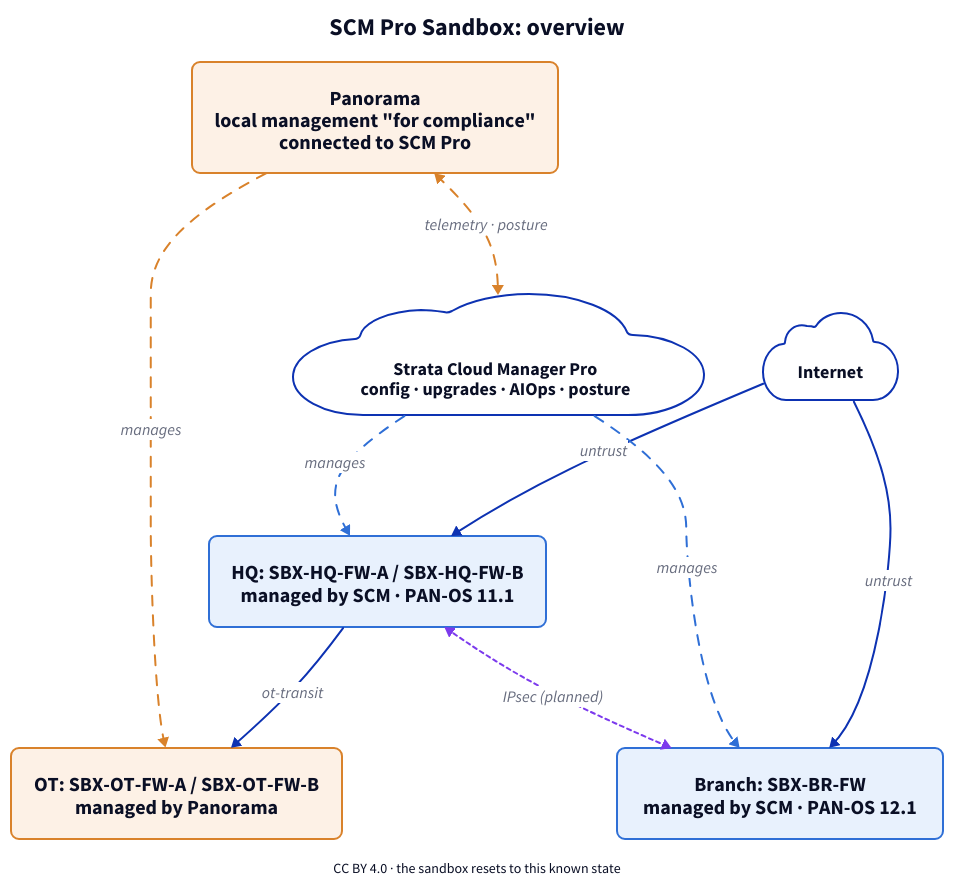
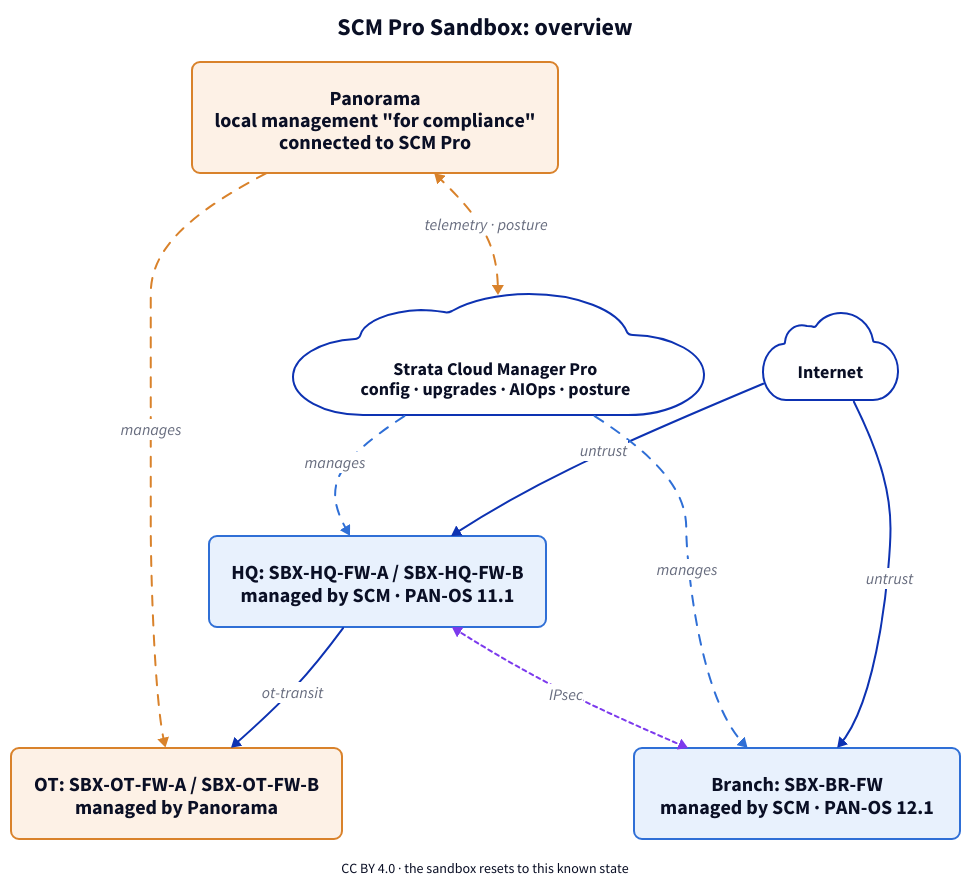
The diagram in drawings/overview.d2 (gegrsyn/SCMPro-Sandbox), drawn with D2 before and after one commit. The commit also changed 1 other file, not shown here.

Commit message:
Drawings: IPsec link shown as built
Claude-Session: https://claude.ai/code/session_01RJA53Pp7PJG29YnweX4c4R

```diff
--- a/drawings/overview.d2
+++ b/drawings/overview.d2
@@ -1,36 +1,36 @@
 direction: down
 title: "SCM Pro Sandbox: overview" {near: top-center; shape: text; style.font-size: 24; style.bold: true}
 
 scm: {
   label: "Strata Cloud Manager Pro\nconfig · upgrades · AIOps · posture"
   shape: cloud; style: {font-size: 18}
 }
 internet: {
   label: "Internet"
   shape: cloud; style: {font-size: 18}
 }
 hq: {
   label: "HQ: SBX-HQ-FW-A / SBX-HQ-FW-B\nmanaged by SCM · PAN-OS 11.1"
   style: {fill: "#e8f1fd"; stroke: "#2f6fd6"; border-radius: 8; font-size: 20}
 }
 internet -> hq: "untrust" {style: {font-size: 16}}
 scm -> hq: manages {style: {stroke: "#2f6fd6"; stroke-dash: 5; font-size: 16}}
 branch: {
   label: "Branch: SBX-BR-FW\nmanaged by SCM · PAN-OS 12.1"
   style: {fill: "#e8f1fd"; stroke: "#2f6fd6"; border-radius: 8; font-size: 20}
 }
 internet -> branch: "untrust" {style: {font-size: 16}}
 scm -> branch: manages {style: {stroke: "#2f6fd6"; stroke-dash: 5; font-size: 16}}
-hq <-> branch: "IPsec (planned)" {style: {stroke: "#7c3aed"; stroke-dash: 2; font-size: 16}}
+hq <-> branch: "IPsec" {style: {stroke: "#7c3aed"; stroke-dash: 2; font-size: 16}}
 panorama: {
   label: "Panorama\nlocal management \"for compliance\"\nconnected to SCM Pro"
   style: {fill: "#fdf1e6"; stroke: "#d9822b"; border-radius: 8; font-size: 20}
 }
 ot: {
   label: "OT: SBX-OT-FW-A / SBX-OT-FW-B\nmanaged by Panorama"
   style: {fill: "#fdf1e6"; stroke: "#d9822b"; border-radius: 8; font-size: 20}
 }
 hq -> ot: "ot-transit" {style: {font-size: 16}}
 panorama -> ot: manages {style: {stroke: "#d9822b"; stroke-dash: 5; font-size: 16}}
 panorama <-> scm: "telemetry · posture" {style: {stroke: "#d9822b"; stroke-dash: 5; font-size: 16}}
 foot: "CC BY 4.0 · the sandbox resets to this known state" {shape: text; near: bottom-center; style.font-size: 14}
```
